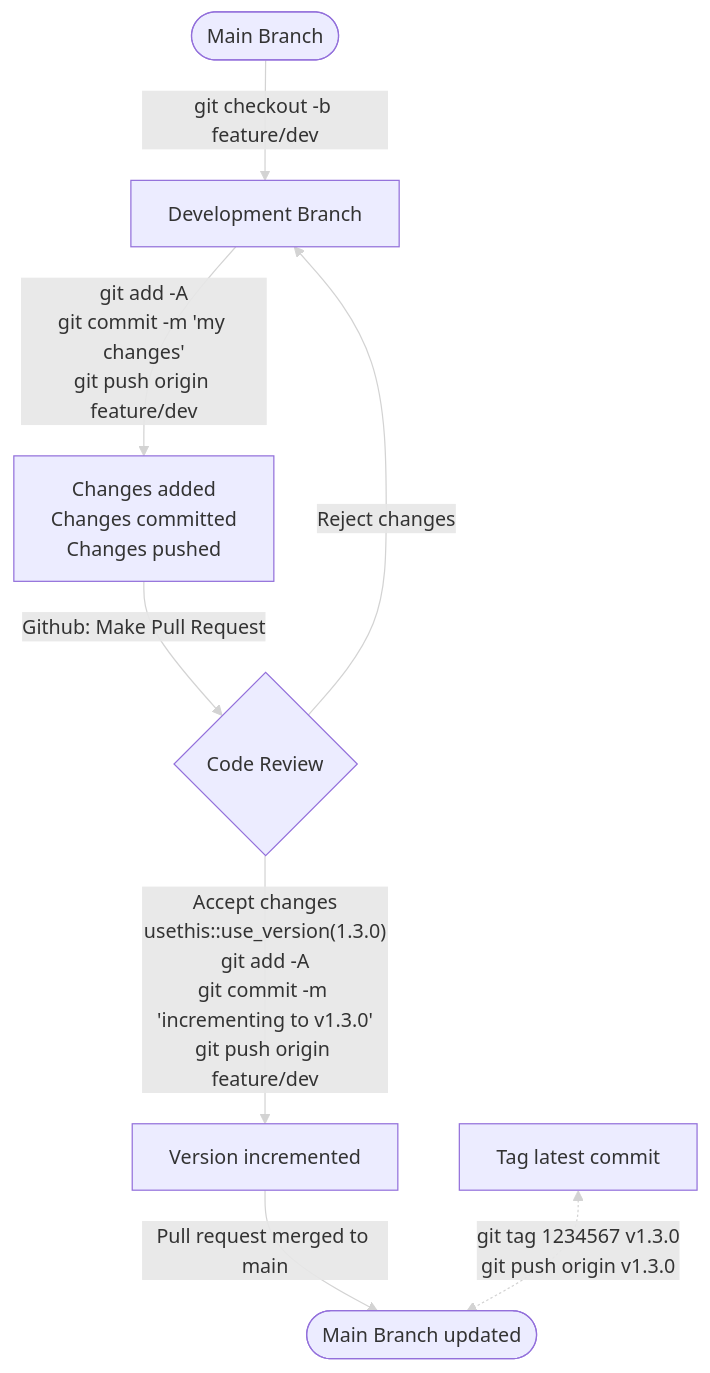
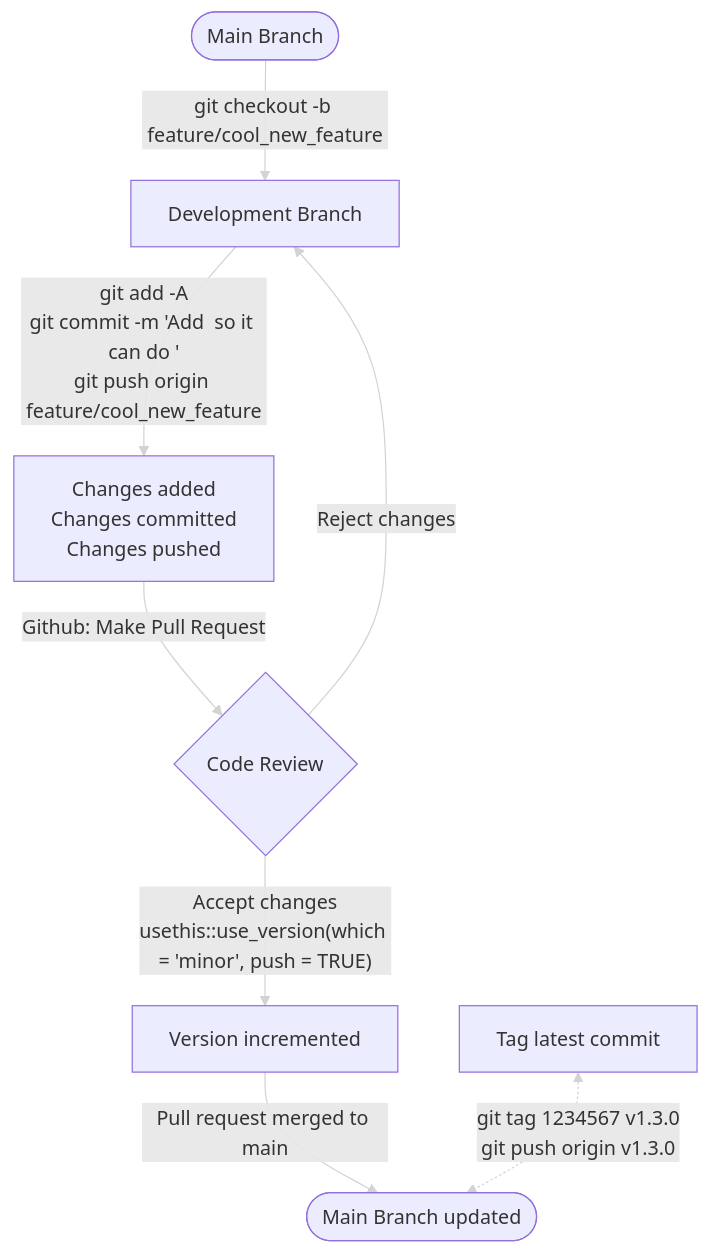
Before and after one commit to Public-Health-Scotland/package-dev-guidance-site: the diagram in pages/recommended-git-workflow.qmd, drawn with Mermaid. The commit also changed other lines of this file, not shown here.

````diff
--- a/pages/recommended-git-workflow.qmd
+++ b/pages/recommended-git-workflow.qmd
@@ -25,21 +24,21 @@
 ```{mermaid}
 
 flowchart TB
     mb(["Main Branch"])
     cdb["Development Branch"]
     ca["Changes added\nChanges committed\nChanges pushed"]
     cr{Code Review}
     vi[Version incremented]
     ta[Tag latest commit]
     mbu([Main Branch updated])
 
-    mb --"git checkout -b feature/dev" --> cdb
-    cdb --"git add -A\ngit commit -m 'my changes'\ngit push origin feature/dev" --> ca
+    mb --"git checkout -b feature/cool_new_feature" --> cdb
+    cdb --"git add -A\ngit commit -m 'Add <foo> so it can do <bar>'\ngit push origin feature/cool_new_feature" --> ca
     ca --"Github: Make Pull Request"--> cr
-    cr --"Accept changes\nusethis::use_version(1.3.0)\ngit add -A\ngit commit -m 'incrementing to v1.3.0'\ngit push origin feature/dev"--> vi
+    cr --"Accept changes\nusethis::use_version(which = 'minor', push = TRUE)"--> vi
     vi -- "Pull request merged to main" --> mbu
     cr --"Reject changes"--> cdb
     ta <-."git tag 1234567 v1.3.0\ngit push origin v1.3.0".-> mbu
 
     linkStyle default stroke:lightgray 
 ```
````
